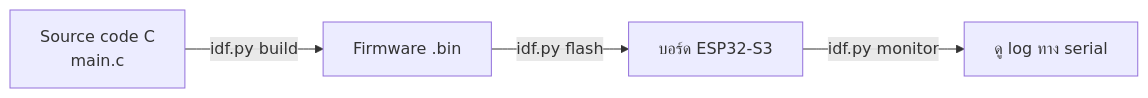
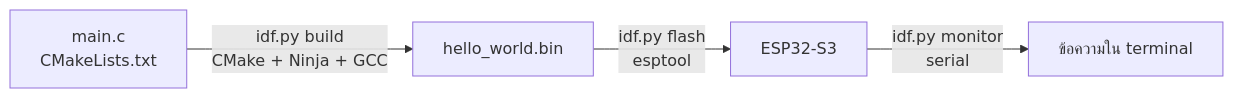
Before and after one commit to Taopoon/kmutt-nd69-learning-notes: the second of 5 diagrams in nd1/03-esp-idf-hello-world.md, drawn with Mermaid. The commit also changed other lines of this file, not shown here.

Commit message:
Expand ND1 chapter 3 with ESP-IDF setup, embedded C and FreeRTOS

````diff
--- a/nd1/03-esp-idf-hello-world.md
+++ b/nd1/03-esp-idf-hello-world.md
@@ -16,6 +47,6 @@
 ```mermaid
 flowchart LR
-    SRC[Source code C<br/>main.c] -->|idf.py build| BIN[Firmware .bin]
-    BIN -->|idf.py flash| BOARD[บอร์ด ESP32-S3]
-    BOARD -->|idf.py monitor| LOG[ดู log ทาง serial]
+    SRC[main.c<br/>CMakeLists.txt] -->|idf.py build<br/>CMake + Ninja + GCC| BIN[hello_world.bin]
+    BIN -->|idf.py flash<br/>esptool| BOARD[ESP32-S3]
+    BOARD -->|idf.py monitor<br/>serial| LOG[ข้อความใน terminal]
 ```
````
